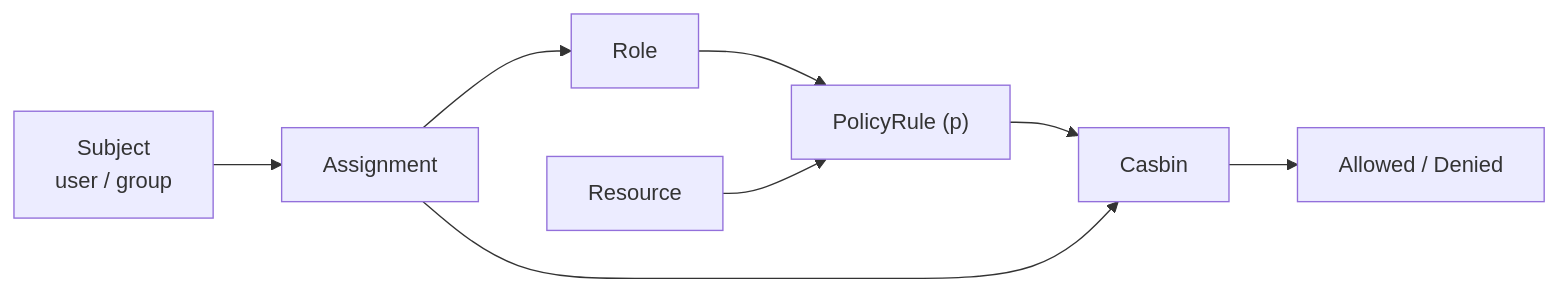
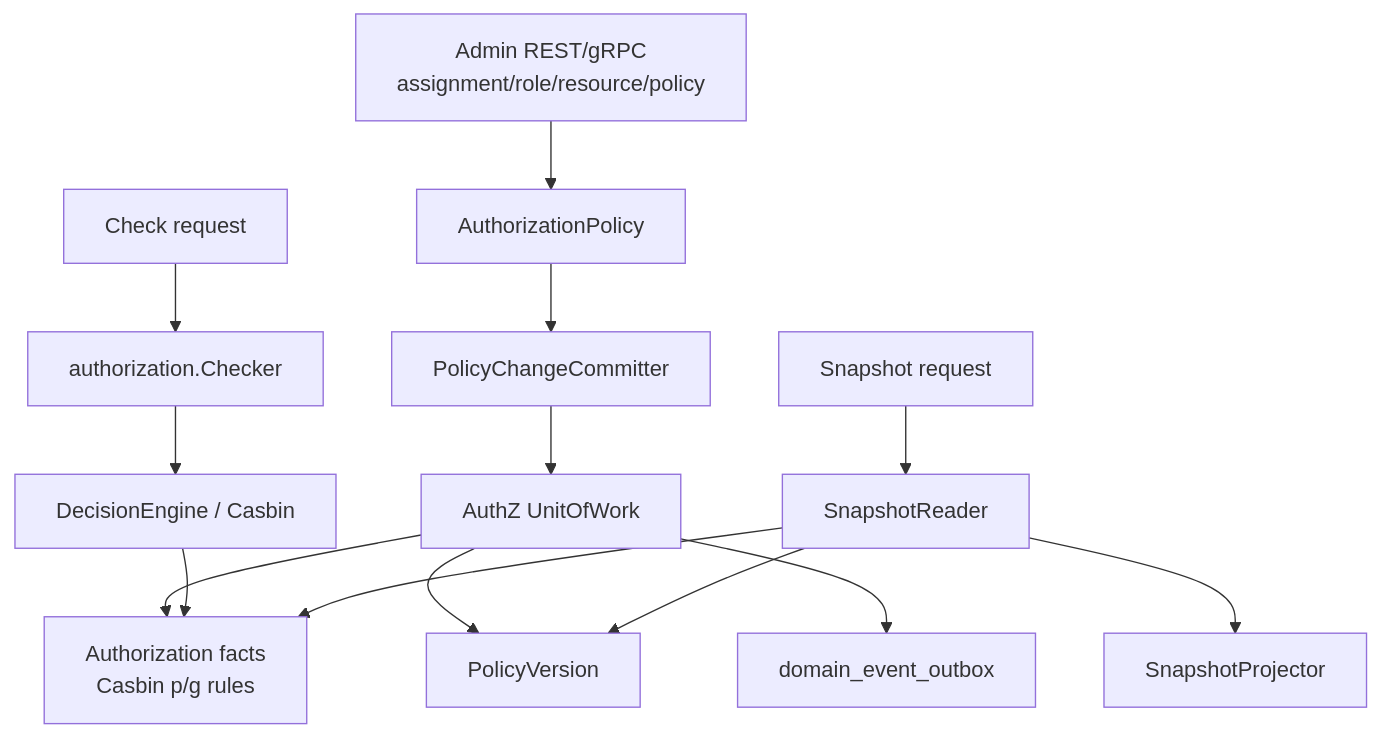
Before and after one commit to FangcunMount/iam: the first of 5 diagrams in docs/05-专题分析/03-授权判定链路--角色&策略&资源&Assignment&Casbin.md, drawn with Mermaid. The commit also changed other lines of this file and 61 other files, not shown here.

````diff
--- a/docs/05-专题分析/03-授权判定链路--角色&策略&资源&Assignment&Casbin.md
+++ b/docs/05-专题分析/03-授权判定链路--角色&策略&资源&Assignment&Casbin.md
@@ -46,18 +17,27 @@
 ```mermaid
-flowchart LR
-    Subject["Subject<br/>user / group"]
-    Assignment["Assignment"]
-    Role["Role"]
-    Policy["PolicyRule (p)"]
-    Resource["Resource"]
-    Casbin["Casbin"]
-    Decision["Allowed / Denied"]
+flowchart TD
+    Admin["Admin REST/gRPC\nassignment/role/resource/policy"]
+    Policy["AuthorizationPolicy"]
+    Committer["PolicyChangeCommitter"]
+    UOW["AuthZ UnitOfWork"]
+    Facts["Authorization facts\nCasbin p/g rules"]
+    Version["PolicyVersion"]
+    Outbox["domain_event_outbox"]
 
-    Subject --> Assignment
-    Assignment --> Role
-    Role --> Policy
-    Resource --> Policy
-    Policy --> Casbin
-    Assignment --> Casbin
-    Casbin --> Decision
+    CheckReq["Check request"]
+    Checker["authorization.Checker"]
+    Engine["DecisionEngine / Casbin"]
+
+    SnapshotReq["Snapshot request"]
+    SnapshotReader["SnapshotReader"]
+    Projector["SnapshotProjector"]
+
+    Admin --> Policy --> Committer --> UOW
+    UOW --> Facts
+    UOW --> Version
+    UOW --> Outbox
+    CheckReq --> Checker --> Engine --> Facts
+    SnapshotReq --> SnapshotReader --> Facts
+    SnapshotReader --> Version
+    SnapshotReader --> Projector
 ```
````
